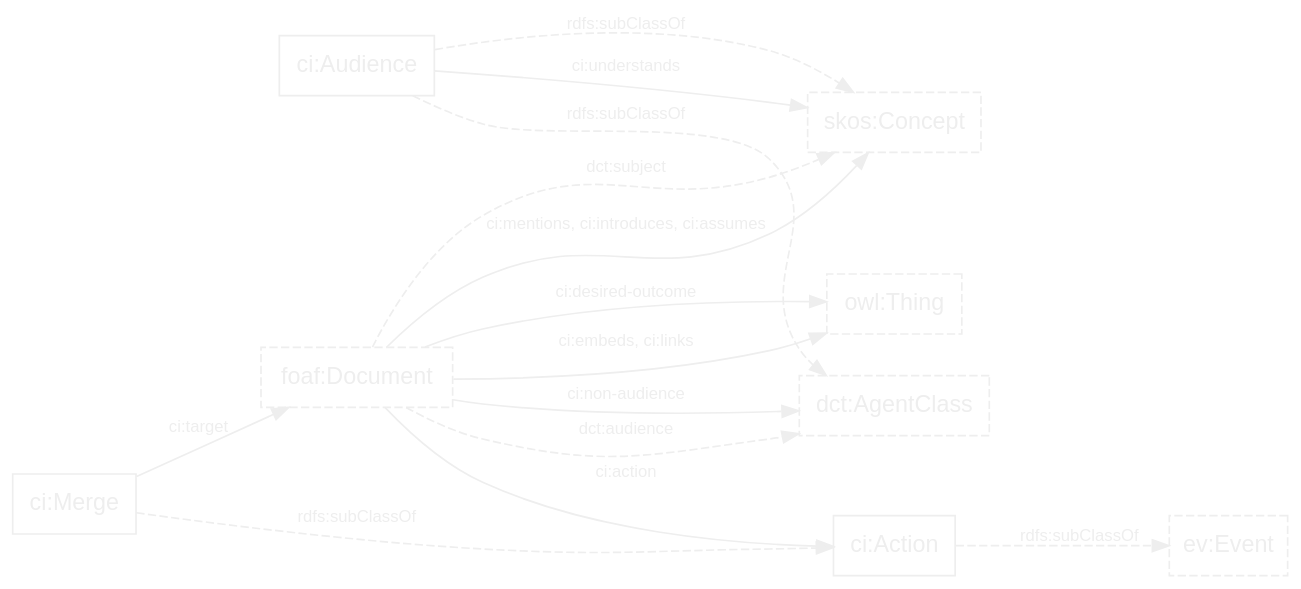
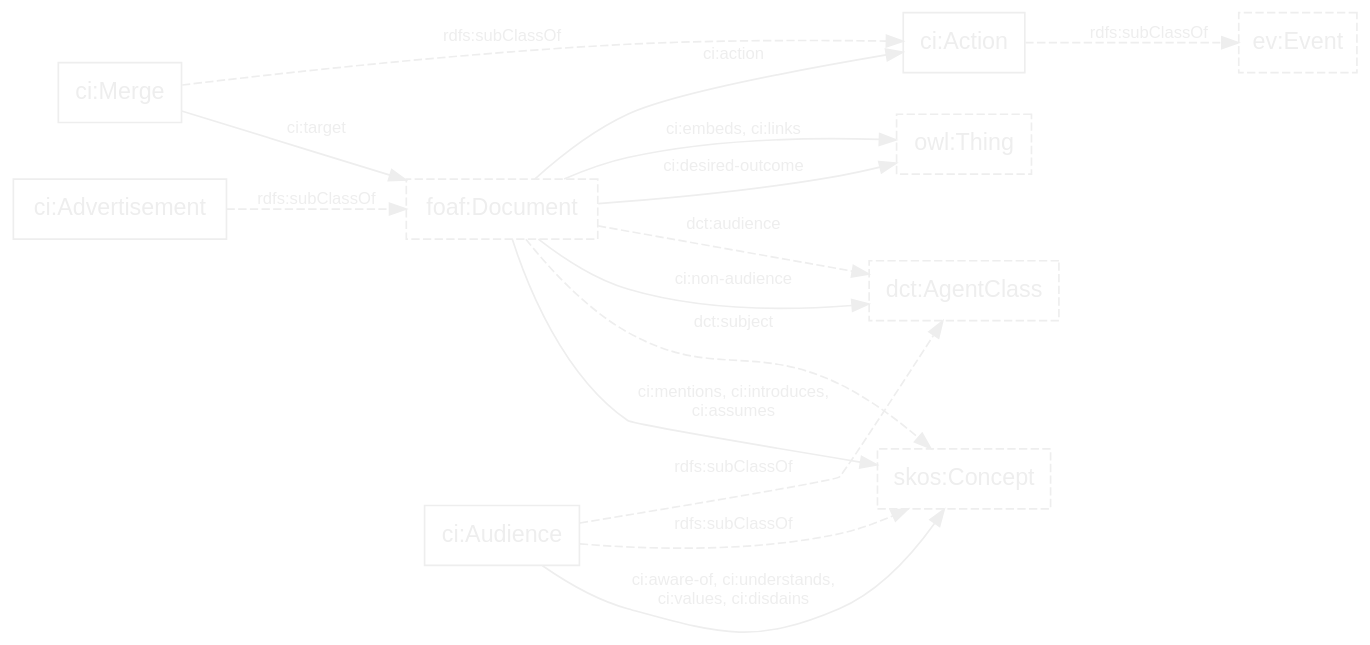
Before and after one commit to doriantaylor/owl-content-inventory: the diagram in example.dot, drawn with Graphviz. The commit also changed 1 other file, not shown here.

Commit message:
adding a bunch of stuff to the content inventory ontology

```diff
--- a/example.dot
+++ b/example.dot
@@ -1,38 +1,39 @@
 digraph {
     graph [bgcolor=transparent,rankdir=LR];
     node [shape=box,color="#eeeeee",fontcolor="#eeeeee",fontname="Lucida Grande, Lucida Sans Unicode, sans-serif",target="_top"];
     edge [fontsize=10,concentrate=true,color="#eeeeee",fontcolor="#eeeeee",fontname="Lucida Grande, Lucida Sans Unicode, sans-serif"];
     subgraph {
         node [style=dashed];
         owl_Thing [label="owl:Thing",href="https://www.w3.org/TR/2012/REC-owl2-syntax-20121211/#a_Thing"];
         ev_Event [label="ev:Event",href="http://motools.sourceforge.net/event/event.html#term_Event"];
         dct_AgentClass [label="dct:AgentClass",href="http://www.dublincore.org/specifications/dublin-core/dcmi-terms/#terms-AgentClass"];
         skos_Concept [label="skos:Concept",href="https://www.w3.org/TR/skos-reference/#concepts"];
         foaf_Document [label="foaf:Document",href="http://xmlns.com/foaf/spec/#term_Document"];
     }
 
     ci_Action [label="ci:Action",href="https://privatealpha.com/ontology/content-inventory/1#Action"];
+    ci_Advertisement [label="ci:Advertisement",href="https://privatealpha.com/ontology/content-inventory/1#Advertisement"];
     ci_Audience [label="ci:Audience",href="https://privatealpha.com/ontology/content-inventory/1#Audience"];
     ci_Merge [label="ci:Merge",href="https://privatealpha.com/ontology/content-inventory/1#Merge"];
-
     ci_Merge -> foaf_Document [label="ci:target"];
     foaf_Document -> ci_Action [label="ci:action"];
 
-    foaf_Document -> skos_Concept [label="ci:mentions, ci:introduces, ci:assumes"];
-    ci_Audience -> skos_Concept [label="ci:understands"];
+    foaf_Document -> skos_Concept [label="ci:mentions, ci:introduces,\nci:assumes"];
+    ci_Audience -> skos_Concept [label="ci:aware-of, ci:understands,\nci:values, ci:disdains"];
     foaf_Document -> dct_AgentClass [label="ci:non-audience"];
     foaf_Document -> owl_Thing [label="ci:desired-outcome"];
     foaf_Document -> owl_Thing [label="ci:embeds, ci:links"];
     
     subgraph {
         edge [style=dashed, label="rdfs:subClassOf"];
         ci_Merge -> ci_Action -> ev_Event;
         ci_Audience -> dct_AgentClass;
         ci_Audience -> skos_Concept;
+        ci_Advertisement -> foaf_Document;
     }
     subgraph {
         edge [style=dashed];
         foaf_Document -> skos_Concept [label="dct:subject"];
         foaf_Document -> dct_AgentClass [label="dct:audience"];
     }
 }
```
